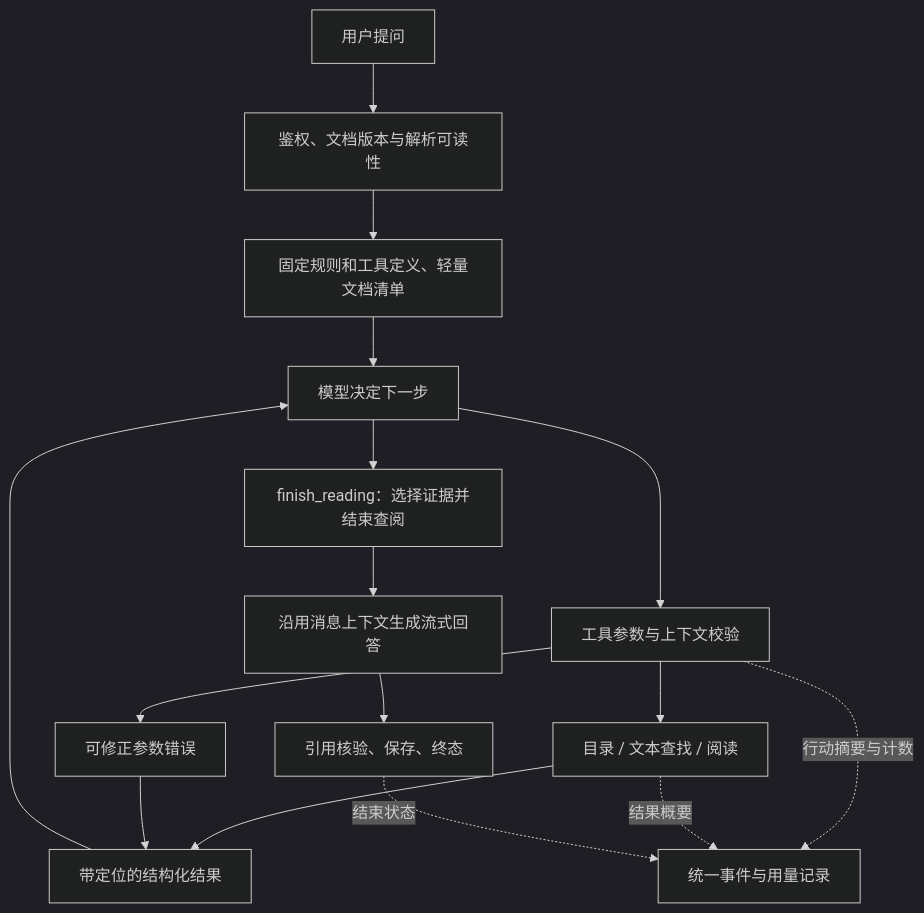
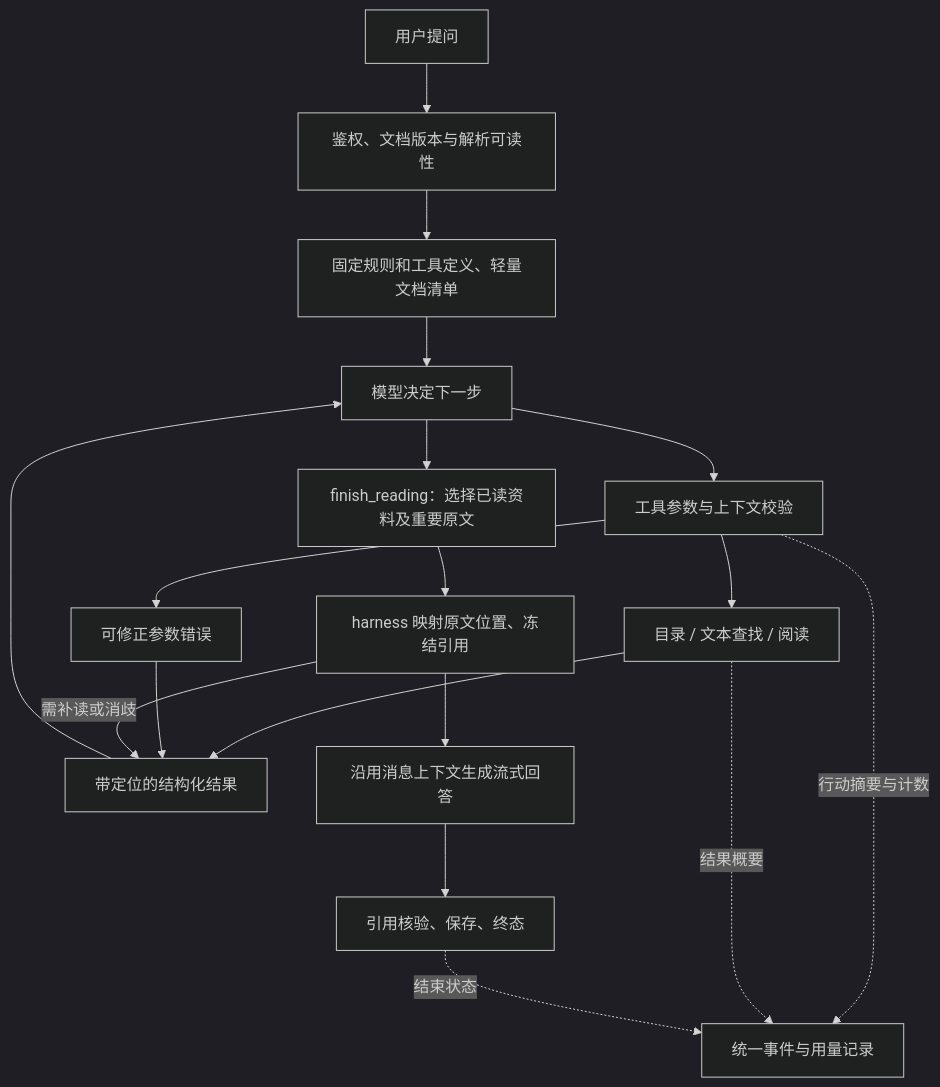
One commit to fenglinbei/pdf_translate_reader changed the diagram in docs/qa-agent-stage-2-plan.md. Above: the diagram before and after it, drawn with Mermaid (dark theme). The commit also changed other lines of this file and 3 other files, not shown here.

````diff
--- a/docs/qa-agent-stage-2-plan.md
+++ b/docs/qa-agent-stage-2-plan.md
@@ -62,18 +65,20 @@
 ```mermaid
 flowchart TD
     U[用户提问] --> A[鉴权、文档版本与解析可读性]
     A --> C[固定规则和工具定义、轻量文档清单]
     C --> M[模型决定下一步]
     M --> V[工具参数与上下文校验]
     V --> T[目录 / 文本查找 / 阅读]
     V --> E[可修正参数错误]
     T --> R[带定位的结构化结果]
     E --> R
     R --> M
-    M --> F[finish_reading：选择证据并结束查阅]
-    F --> G[沿用消息上下文生成流式回答]
+    M --> F[finish_reading：选择已读资料及重要原文]
+    F --> H[harness 映射原文位置、冻结引用]
+    H -->|需补读或消歧| R
+    H --> G[沿用消息上下文生成流式回答]
     G --> P[引用核验、保存、终态]
     V -.行动摘要与计数.-> O[统一事件与用量记录]
     T -.结果概要.-> O
     P -.结束状态.-> O
 ```
````
